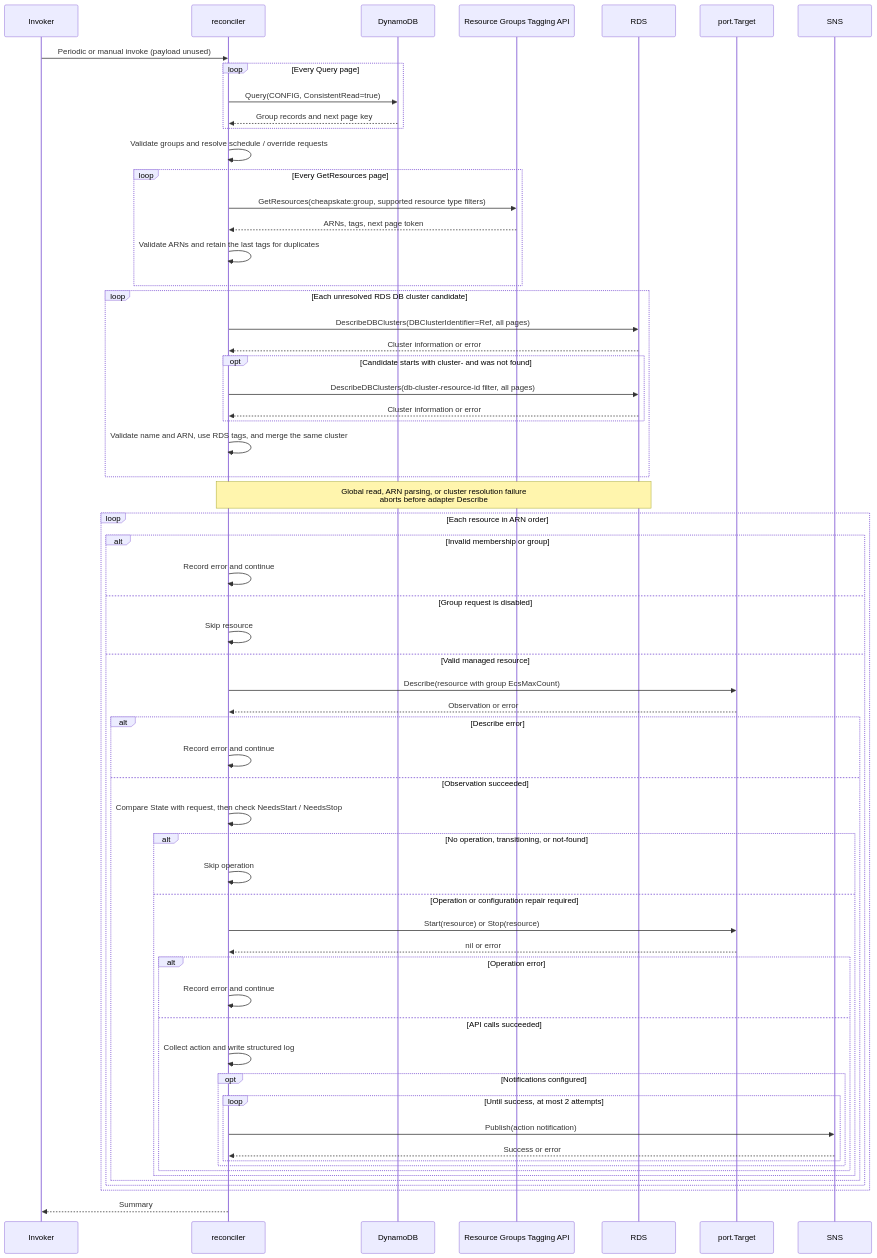
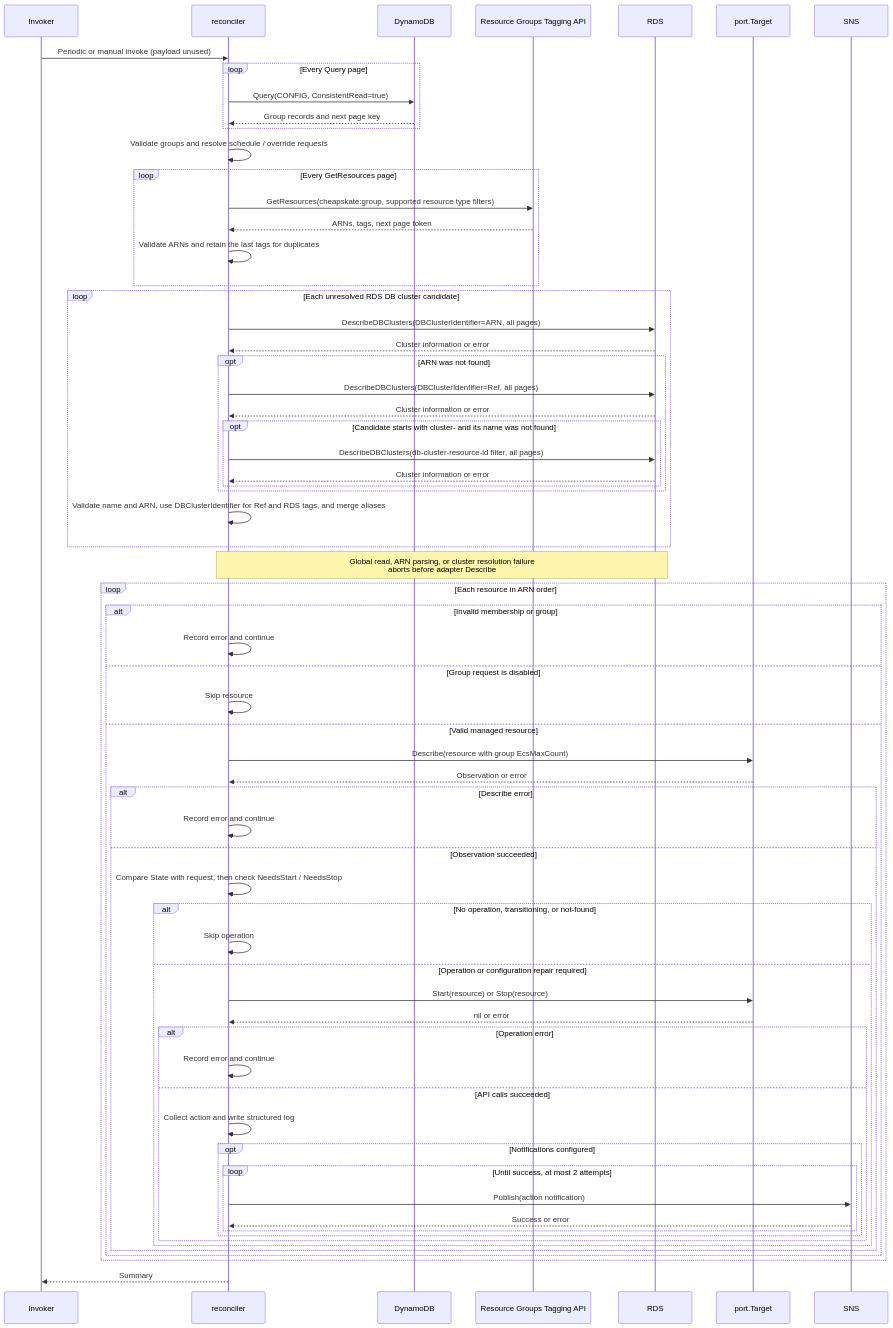
One commit to moepig/cheapskate changed the first of 9 diagrams in docs/en/development/resource_sequence.md. Above: the diagram before and after it, drawn with Mermaid. The commit also changed 9 other files, not shown here.

Commit message:
Resolve RDS cluster identities through their ARNs

````diff
--- a/docs/en/development/resource_sequence.md
+++ b/docs/en/development/resource_sequence.md
@@ -9,64 +9,68 @@
 ```mermaid
 sequenceDiagram
     participant C as Invoker
     participant R as reconciler
     participant D as DynamoDB
     participant T as Resource Groups Tagging API
     participant S as RDS
     participant A as port.Target
     participant N as SNS
     C->>R: Periodic or manual invoke (payload unused)
     loop Every Query page
         R->>D: Query(CONFIG, ConsistentRead=true)
         D-->>R: Group records and next page key
     end
     R->>R: Validate groups and resolve schedule / override requests
     loop Every GetResources page
         R->>T: GetResources(cheapskate:group, supported resource type filters)
         T-->>R: ARNs, tags, next page token
         R->>R: Validate ARNs and retain the last tags for duplicates
     end
     loop Each unresolved RDS DB cluster candidate
-        R->>S: DescribeDBClusters(DBClusterIdentifier=Ref, all pages)
+        R->>S: DescribeDBClusters(DBClusterIdentifier=ARN, all pages)
         S-->>R: Cluster information or error
-        opt Candidate starts with cluster- and was not found
-            R->>S: DescribeDBClusters(db-cluster-resource-id filter, all pages)
+        opt ARN was not found
+            R->>S: DescribeDBClusters(DBClusterIdentifier=Ref, all pages)
             S-->>R: Cluster information or error
+            opt Candidate starts with cluster- and its name was not found
+                R->>S: DescribeDBClusters(db-cluster-resource-id filter, all pages)
+                S-->>R: Cluster information or error
+            end
         end
-        R->>R: Validate name and ARN, use RDS tags, and merge the same cluster
+        R->>R: Validate name and ARN, use DBClusterIdentifier for Ref and RDS tags, and merge aliases
     end
     Note over R,S: Global read, ARN parsing, or cluster resolution failure<br/>aborts before adapter Describe
     loop Each resource in ARN order
         alt Invalid membership or group
             R->>R: Record error and continue
         else Group request is disabled
             R->>R: Skip resource
         else Valid managed resource
             R->>A: Describe(resource with group EcsMaxCount)
             A-->>R: Observation or error
             alt Describe error
                 R->>R: Record error and continue
             else Observation succeeded
                 R->>R: Compare State with request, then check NeedsStart / NeedsStop
                 alt No operation, transitioning, or not-found
                     R->>R: Skip operation
                 else Operation or configuration repair required
                     R->>A: Start(resource) or Stop(resource)
                     A-->>R: nil or error
                     alt Operation error
                         R->>R: Record error and continue
                     else API calls succeeded
                         R->>R: Collect action and write structured log
                         opt Notifications configured
                             loop Until success, at most 2 attempts
                                 R->>N: Publish(action notification)
                                 N-->>R: Success or error
                             end
                         end
                     end
                 end
             end
         end
     end
     R-->>C: Summary
 ```
````
